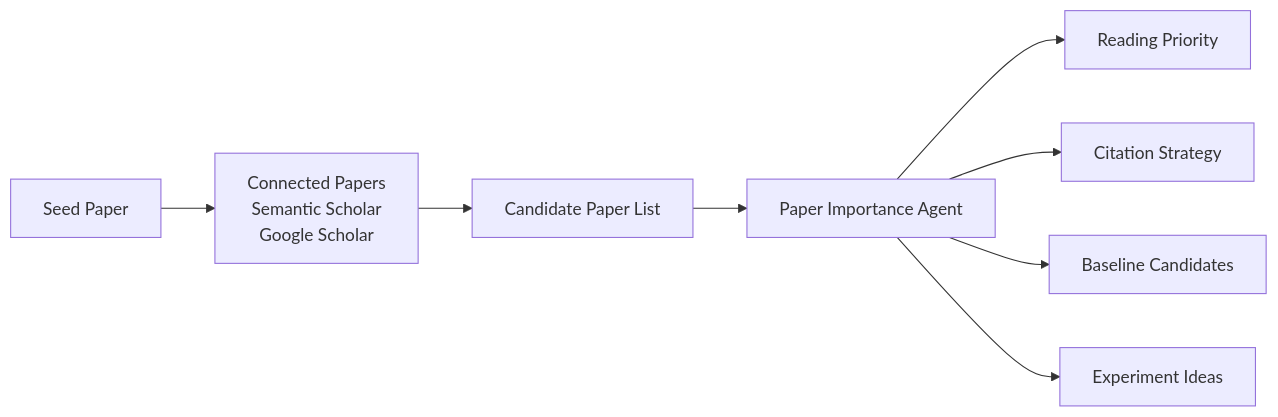
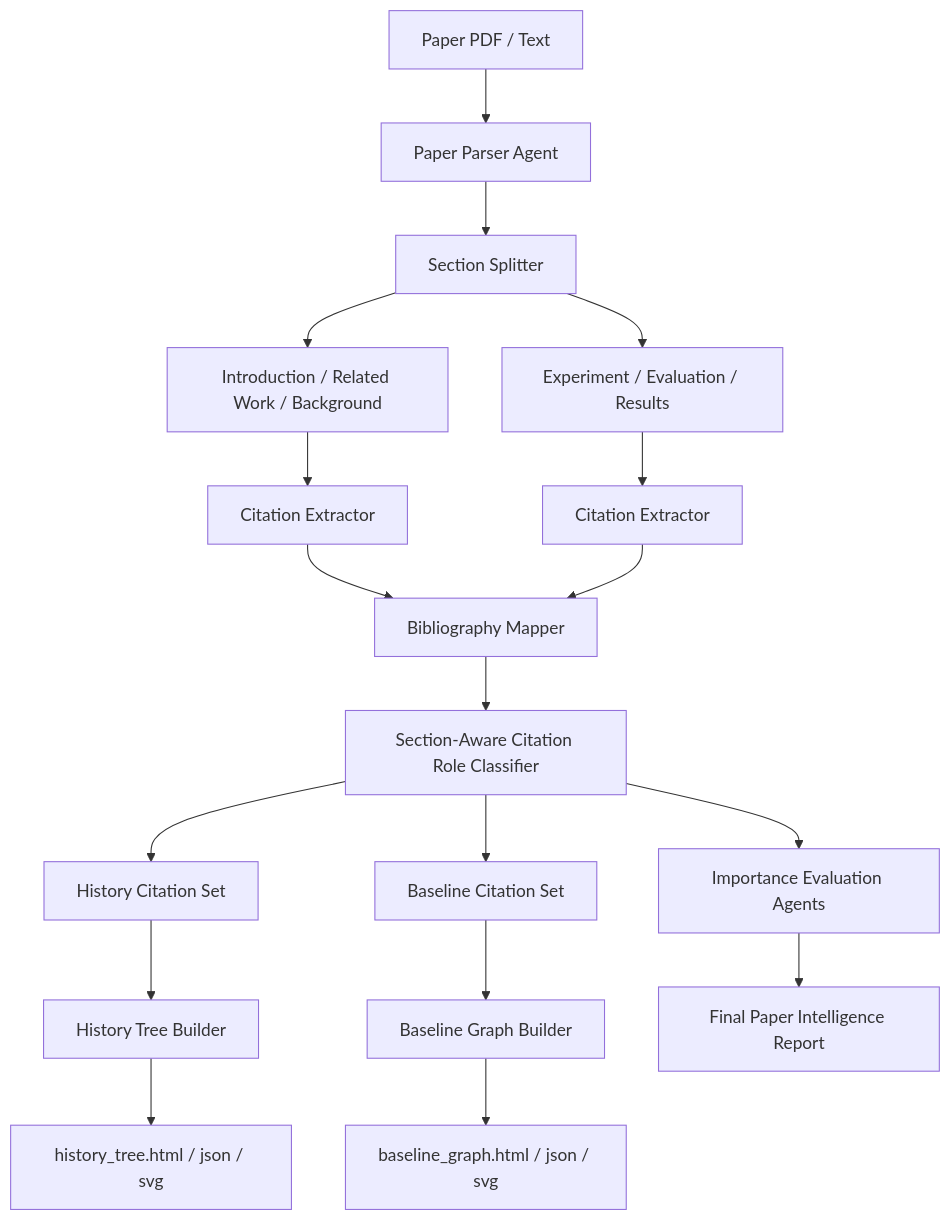
Before and after one commit to zealatan/PAPER_ORC: the diagram in README.md, drawn with Mermaid. The commit also changed other lines of this file, not shown here.

````diff
--- a/README.md
+++ b/README.md
@@ -113,10 +135,28 @@
 ```mermaid
-flowchart LR
-    A[Seed Paper] --> B[Connected Papers<br/>Semantic Scholar<br/>Google Scholar]
-    B --> C[Candidate Paper List]
-    C --> D[Paper Importance Agent]
-    D --> E[Reading Priority]
-    D --> F[Citation Strategy]
-    D --> G[Baseline Candidates]
-    D --> H[Experiment Ideas]
+flowchart TD
+    A[Paper PDF / Text] --> B[Paper Parser Agent]
+    B --> C[Section Splitter]
+
+    C --> C1[Introduction / Related Work / Background]
+    C --> C2[Experiment / Evaluation / Results]
+
+    C1 --> D1[Citation Extractor]
+    C2 --> D2[Citation Extractor]
+
+    D1 --> E[Bibliography Mapper]
+    D2 --> E[Bibliography Mapper]
+
+    E --> F[Section-Aware Citation Role Classifier]
+
+    F --> G1[History Citation Set]
+    F --> G2[Baseline Citation Set]
+
+    G1 --> H1[History Tree Builder]
+    G2 --> H2[Baseline Graph Builder]
+
+    H1 --> I1[history_tree.html / json / svg]
+    H2 --> I2[baseline_graph.html / json / svg]
+
+    F --> J[Importance Evaluation Agents]
+    J --> K[Final Paper Intelligence Report]
 ```
````
